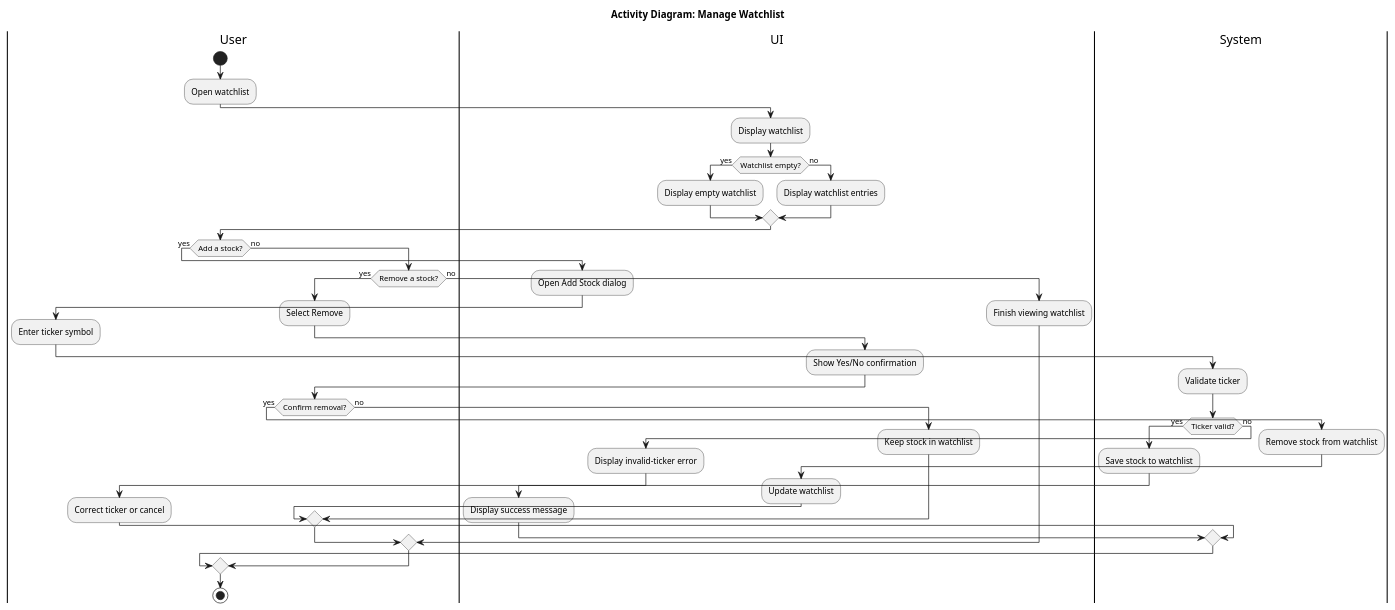
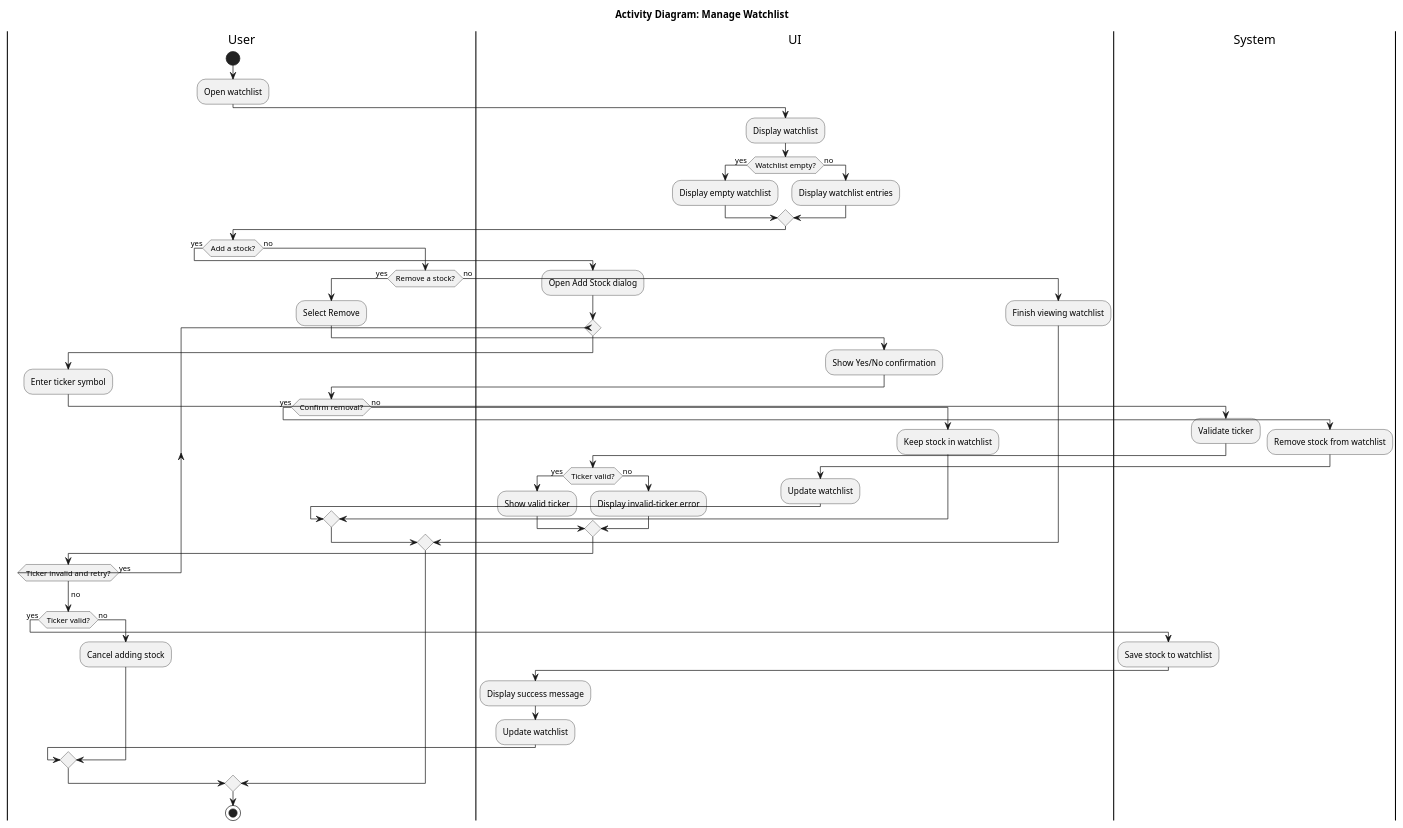
One commit to techGirl0/stock-market-analyzer changed the diagram in documentation/Media/ManageWatchlistActivityDiagram.puml. Above: the diagram before and after it, drawn with PlantUML.

```diff
--- a/documentation/Media/ManageWatchlistActivityDiagram.puml
+++ b/documentation/Media/ManageWatchlistActivityDiagram.puml
@@ -1,64 +1,77 @@
 @startuml
 title Activity Diagram: Manage Watchlist
 
 |User|
 start
 :Open watchlist;
 
 |UI|
 :Display watchlist;
+
 if (Watchlist empty?) then (yes)
   :Display empty watchlist;
 else (no)
   :Display watchlist entries;
 endif
 
 |User|
 if (Add a stock?) then (yes)
   |UI|
   :Open Add Stock dialog;
 
-  |User|
-  :Enter ticker symbol;
+  repeat
+    |User|
+    :Enter ticker symbol;
 
-  |System|
-  :Validate ticker;
+    |System|
+    :Validate ticker;
+
+    |UI|
+    if (Ticker valid?) then (yes)
+      :Show valid ticker;
+    else (no)
+      :Display invalid-ticker error;
+    endif
+
+    |User|
+  repeat while (Ticker invalid and retry?) is (yes)
+  -> no;
+
   if (Ticker valid?) then (yes)
+    |System|
     :Save stock to watchlist;
 
     |UI|
     :Display success message;
+    :Update watchlist;
   else (no)
-    |UI|
-    :Display invalid-ticker error;
-
     |User|
-    :Correct ticker or cancel;
+    :Cancel adding stock;
   endif
 
 else (no)
   if (Remove a stock?) then (yes)
     :Select Remove;
 
     |UI|
     :Show Yes/No confirmation;
 
     |User|
     if (Confirm removal?) then (yes)
       |System|
       :Remove stock from watchlist;
 
       |UI|
       :Update watchlist;
     else (no)
       |UI|
       :Keep stock in watchlist;
     endif
   else (no)
     :Finish viewing watchlist;
   endif
 endif
 
 |User|
 stop
 @enduml
```
